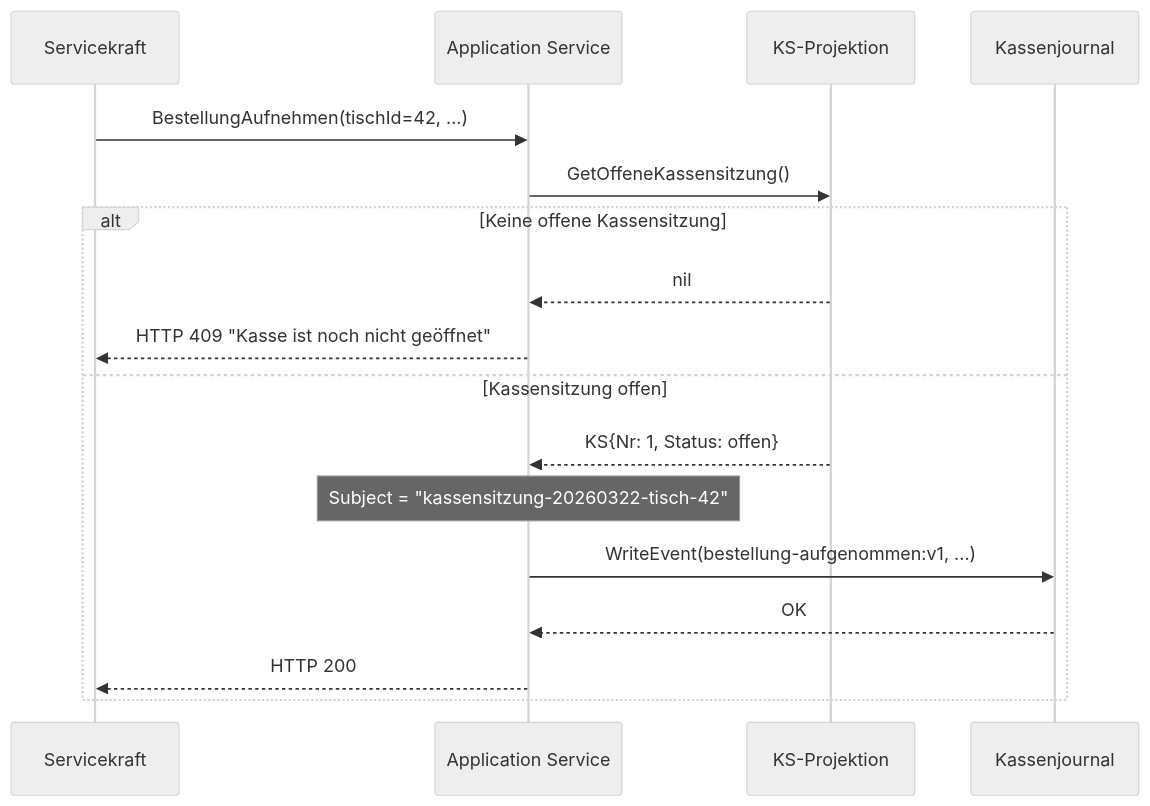
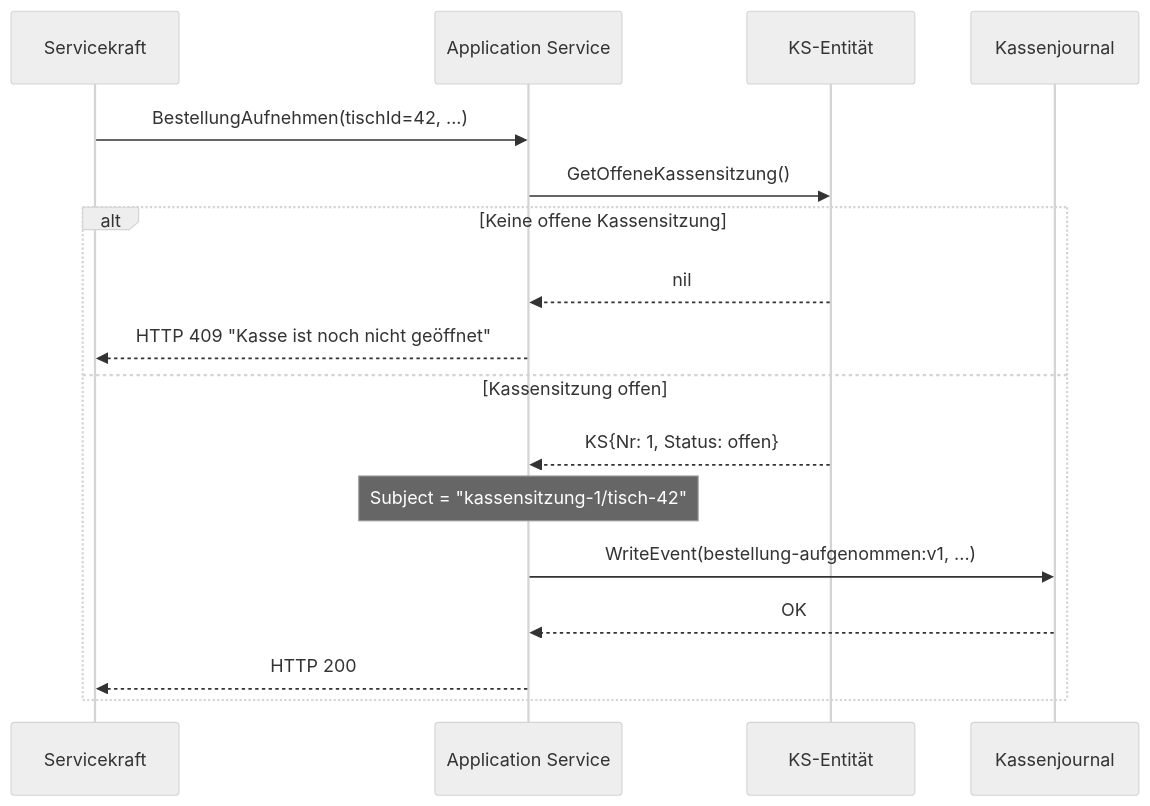
One commit to nicograef/jotti changed the fourth of 5 diagrams in docs/redesign.md. Above: the diagram before and after it, drawn with Mermaid (neutral theme). The commit also changed other lines of this file and 21 other files, not shown here.

First line of the commit message:
refactor: replace kassensitzung_state projection with kassensitzungen CRUD entity and adopt nr-based subject format

````diff
--- a/docs/redesign.md
+++ b/docs/redesign.md
@@ -464,20 +464,20 @@
 ```mermaid
 sequenceDiagram
     participant S as Servicekraft
     participant AS as Application Service
-    participant KSP as KS-Projektion
+    participant KSP as KS-Entität
     participant KJ as Kassenjournal
 
     S->>AS: BestellungAufnehmen(tischId=42, ...)
     AS->>KSP: GetOffeneKassensitzung()
     alt Keine offene Kassensitzung
         KSP-->>AS: nil
         AS-->>S: HTTP 409 "Kasse ist noch nicht geöffnet"
     else Kassensitzung offen
         KSP-->>AS: KS{Nr: 1, Status: offen}
-        Note over AS: Subject = "kassensitzung-20260322-tisch-42"
+        Note over AS: Subject = "kassensitzung-1/tisch-42"
         AS->>KJ: WriteEvent(bestellung-aufgenommen:v1, ...)
         KJ-->>AS: OK
         AS-->>S: HTTP 200
     end
 ```
````
